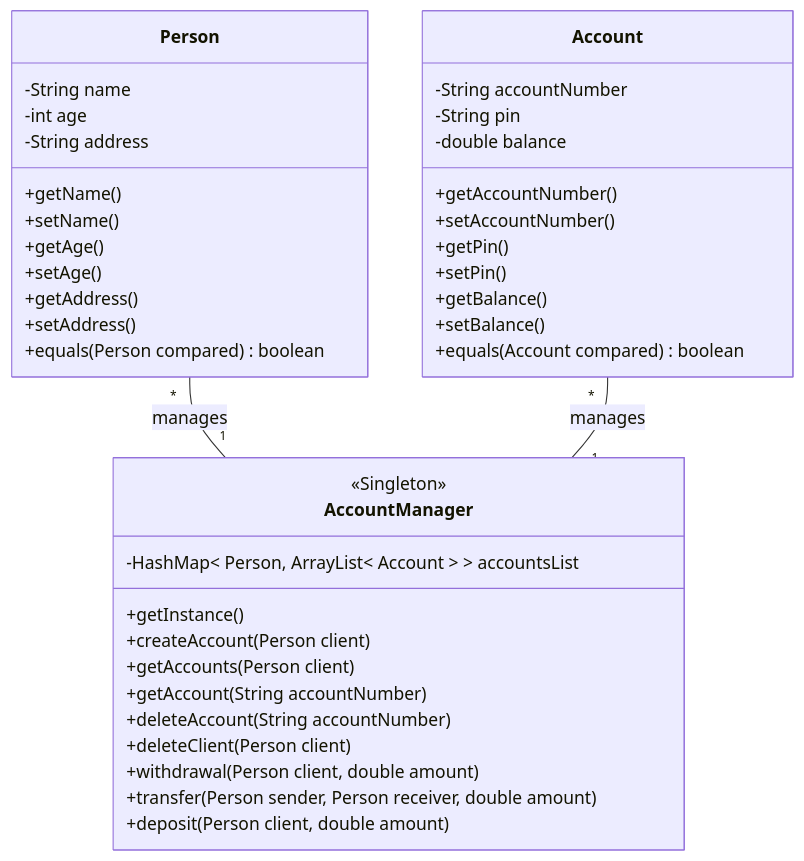
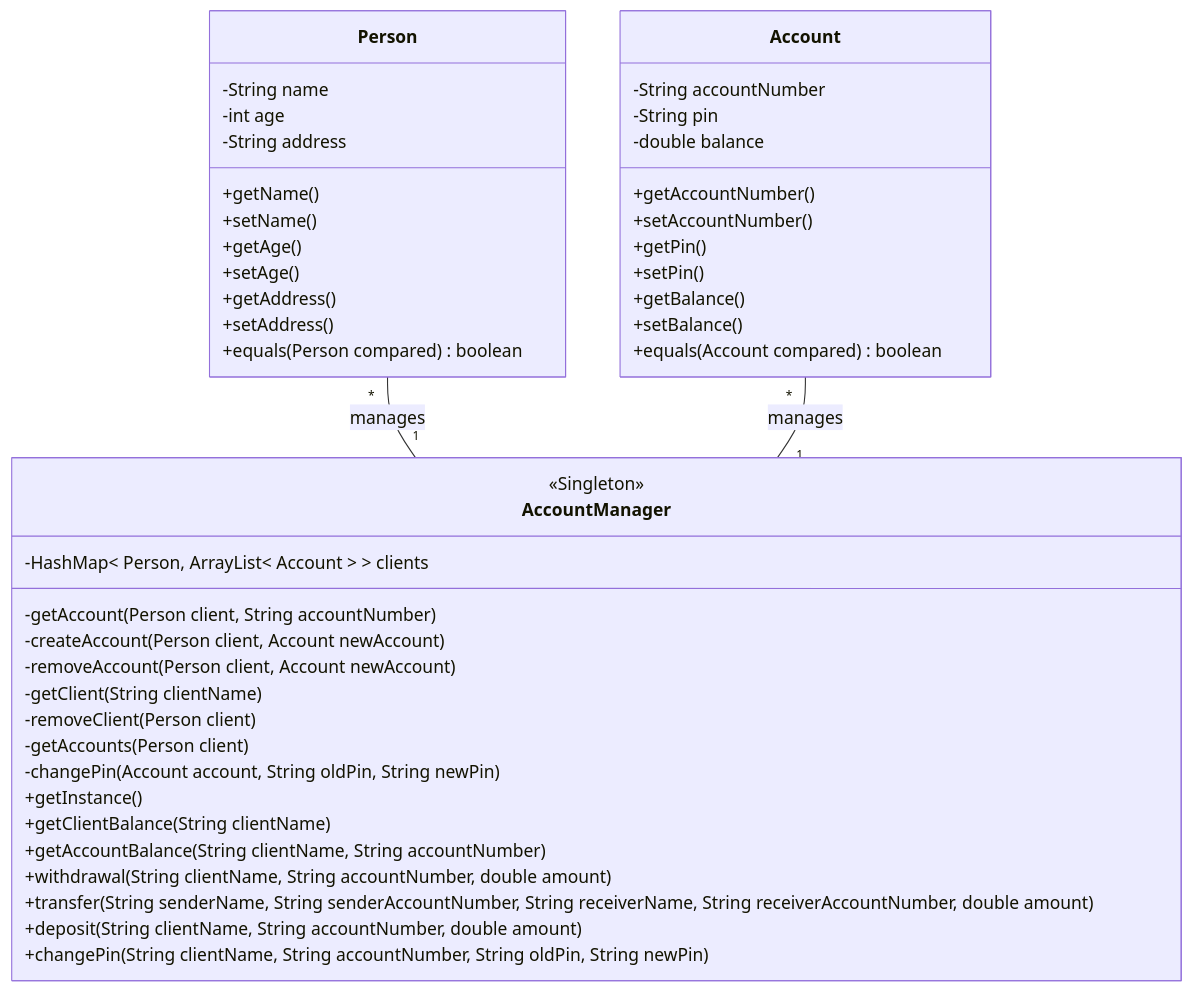
Before and after one commit to ProtossGP32/CIFO-Web-Applications: the third of 3 diagrams in docs/quarto-examples/java-exercises/Labs/java-se01-1.qmd, drawn with Mermaid. The commit also changed other lines of this file and 7 other files, not shown here.

````diff
--- a/docs/quarto-examples/java-exercises/Labs/java-se01-1.qmd
+++ b/docs/quarto-examples/java-exercises/Labs/java-se01-1.qmd
@@ -174,51 +174,60 @@
 ```{mermaid}
 classDiagram
     class Person {
         -String name
         -int age
         -String address
 
         +getName()
         +setName()
         +getAge()
         +setAge()
         +getAddress()
         +setAddress()
         +equals(Person compared) boolean
     }
 
     class Account {
         -String accountNumber
         -String pin
         -double balance
 
         +getAccountNumber()
         +setAccountNumber()
         +getPin()
         +setPin()
         +getBalance()
         +setBalance()
         +equals(Account compared) boolean
     }
 
     %% AccountManager Singleton
     class AccountManager {
-        -HashMap< Person, ArrayList< Account > > accountsList
+        -HashMap< Person, ArrayList< Account > > clients
+
+        -getAccount(Person client, String accountNumber)
+        -createAccount(Person client, Account newAccount)
+        -removeAccount(Person client, Account newAccount)
+
+        -getClient(String clientName)
+        -removeClient(Person client)
+
+        -getAccounts(Person client)
+
+        -changePin(Account account, String oldPin, String newPin)
 
         +getInstance()
-        +createAccount(Person client)
-        +getAccounts(Person client)
-        +getAccount(String accountNumber)
-        +deleteAccount(String accountNumber)
-        +deleteClient(Person client)
-        +withdrawal(Person client, double amount)
-        +transfer(Person sender, Person receiver, double amount)
-        +deposit(Person client, double amount)
+        +getClientBalance(String clientName)
+        +getAccountBalance(String clientName, String accountNumber)
+        +withdrawal(String clientName, String accountNumber, double amount)
+        +transfer(String senderName, String senderAccountNumber, String receiverName, String receiverAccountNumber, double amount)
+        +deposit(String clientName, String accountNumber, double amount)
+        +changePin(String clientName, String accountNumber, String oldPin, String newPin)
     }
 
     <<Singleton>> AccountManager
 
     %% Classes relationship
     Person "*" -- "1" AccountManager : manages
     Account "*" -- "1" AccountManager : manages
 ```
````
